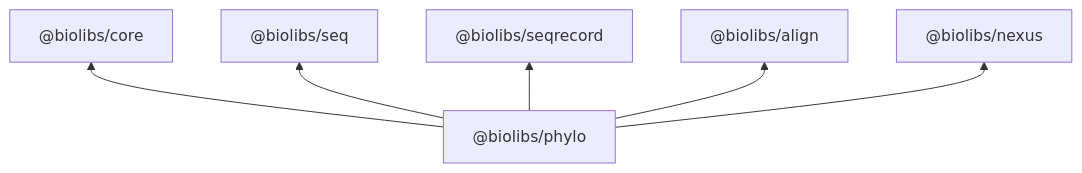
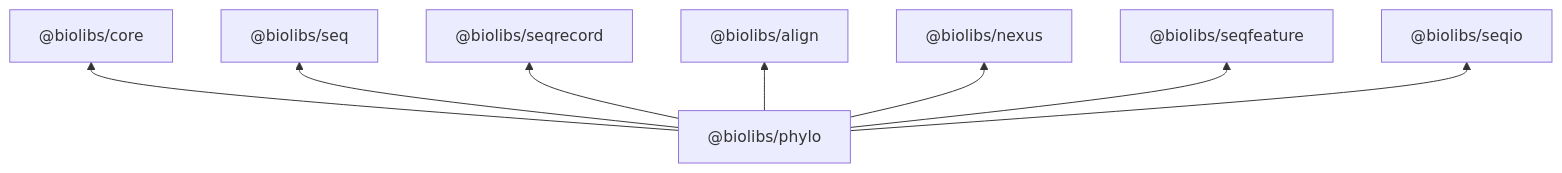
One commit to matthewlovestocode/biolibs changed the diagram in packages/phylo/README.md. Above: the diagram before and after it, drawn with Mermaid. The commit also changed 31 other files, not shown here.

````diff
--- a/packages/phylo/README.md
+++ b/packages/phylo/README.md
@@ -63,8 +63,10 @@
 ```mermaid
 graph BT
   phylo["@biolibs/phylo"] --> core["@biolibs/core"]
   phylo --> seq["@biolibs/seq"]
   phylo --> sr["@biolibs/seqrecord"]
   phylo --> align["@biolibs/align"]
   phylo --> nexus["@biolibs/nexus"]
+  phylo --> sf["@biolibs/seqfeature"]
+  phylo --> seqio["@biolibs/seqio"]
 ```
````
